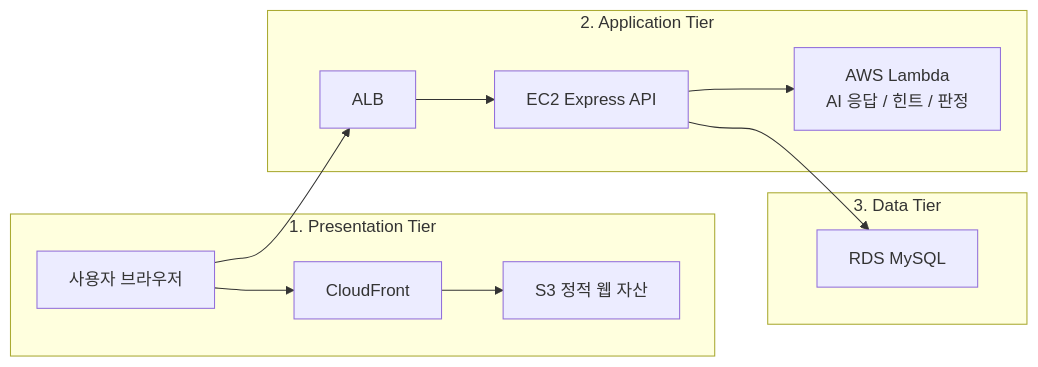
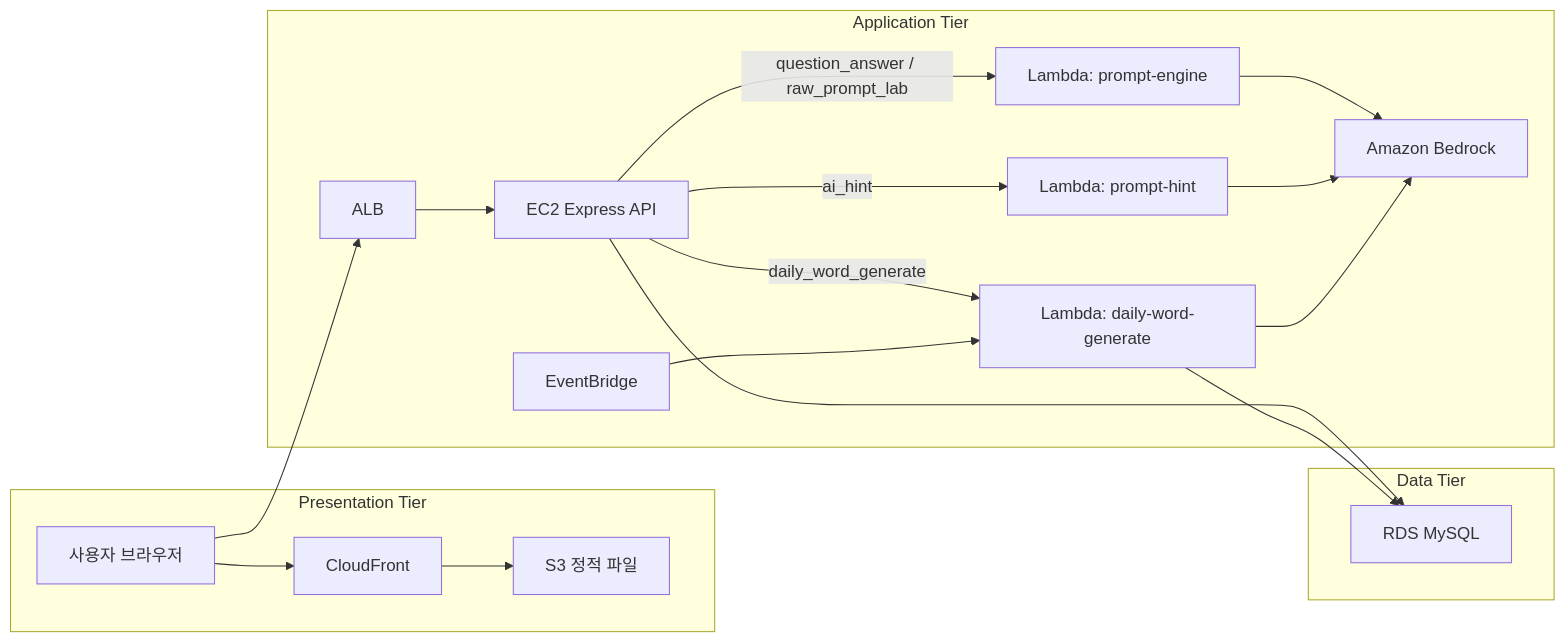
One commit to jjong-haya/K-Game changed the diagram in README.md. Above: the diagram before and after it, drawn with Mermaid. The commit also changed other lines of this file and 72 other files, not shown here.

Commit message:
Refactor daily word flow and refresh GitHub docs

````diff
--- a/README.md
+++ b/README.md
@@ -68,25 +92,38 @@
 ```mermaid
 flowchart LR
-  subgraph T1["1. Presentation Tier"]
+  subgraph T1["Presentation Tier"]
     Browser["사용자 브라우저"]
     CloudFront["CloudFront"]
-    S3["S3 정적 웹 자산"]
+    S3["S3 정적 파일"]
   end
 
-  subgraph T2["2. Application Tier"]
+  subgraph T2["Application Tier"]
     ALB["ALB"]
     EC2["EC2 Express API"]
-    Lambda["AWS Lambda\nAI 응답 / 힌트 / 판정"]
+    PromptEngine["Lambda: prompt-engine"]
+    PromptHint["Lambda: prompt-hint"]
+    DailyWord["Lambda: daily-word-generate"]
+    EventBridge["EventBridge"]
+    Bedrock["Amazon Bedrock"]
   end
 
-  subgraph T3["3. Data Tier"]
+  subgraph T3["Data Tier"]
     RDS["RDS MySQL"]
   end
 
   Browser --> CloudFront
   CloudFront --> S3
   Browser --> ALB
   ALB --> EC2
-  EC2 --> Lambda
+
+  EC2 -->|"question_answer / raw_prompt_lab"| PromptEngine
+  EC2 -->|"ai_hint"| PromptHint
+  EC2 -->|"daily_word_generate"| DailyWord
   EC2 --> RDS
+
+  EventBridge --> DailyWord
+  PromptEngine --> Bedrock
+  PromptHint --> Bedrock
+  DailyWord --> Bedrock
+  DailyWord --> RDS
 ```
````
